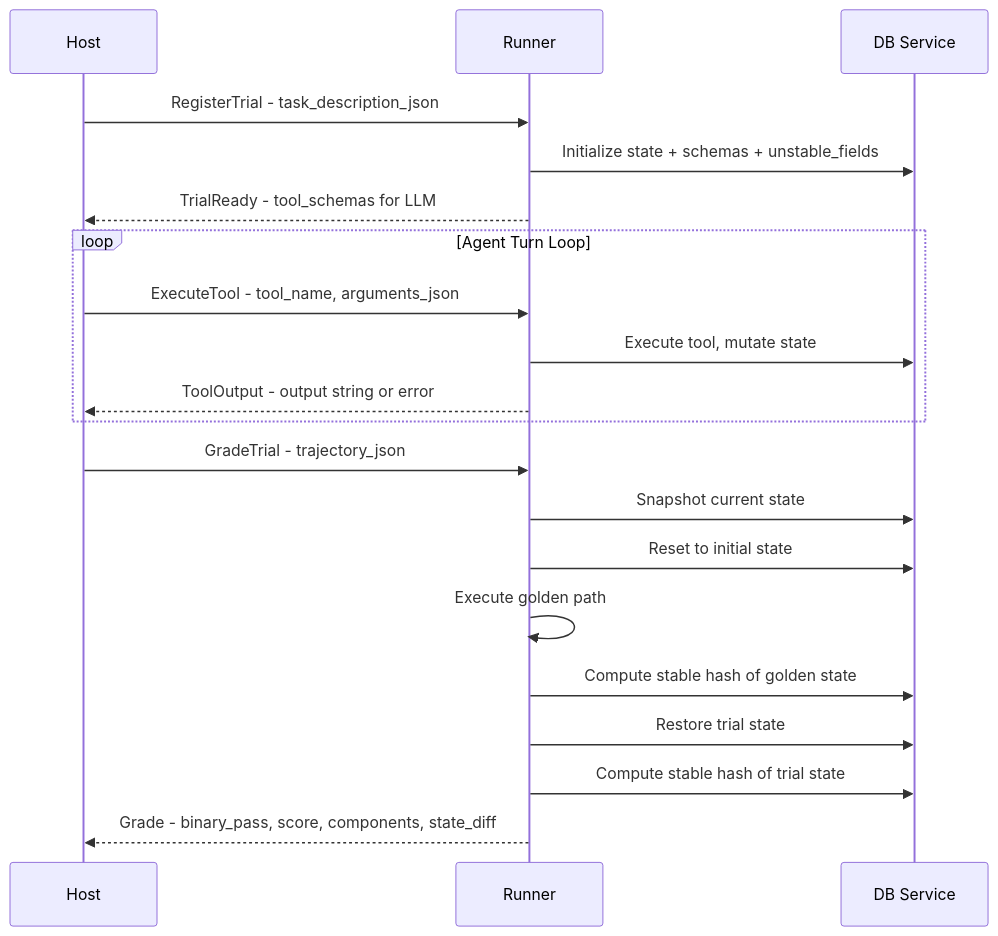
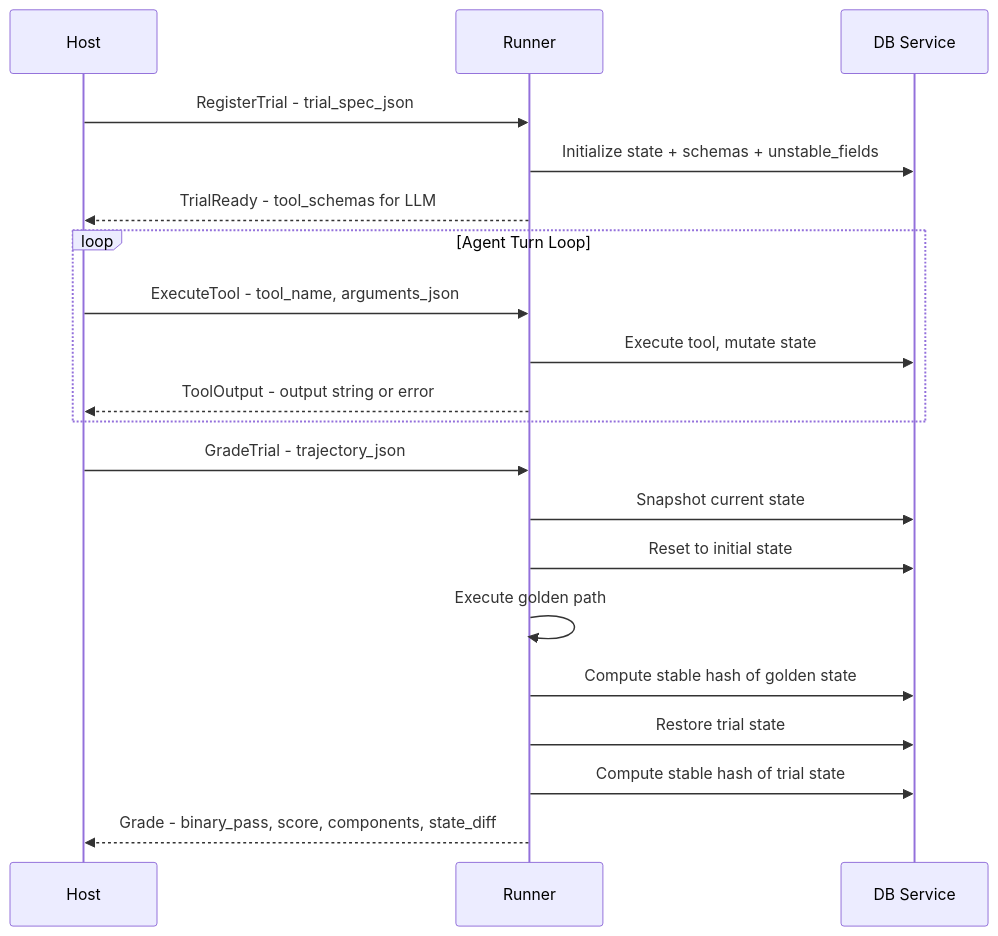
Before and after one commit to Toloka/tolokaforge: the diagram in docs/GRPC_PROTOCOL.md, drawn with Mermaid. The commit also changed other lines of this file and 2 other files, not shown here.

First line of the commit message:
fix(trial): populate TrialResult.worker_id; refresh stale gRPC docs

````diff
--- a/docs/GRPC_PROTOCOL.md
+++ b/docs/GRPC_PROTOCOL.md
@@ -44,25 +44,25 @@
 ```mermaid
 sequenceDiagram
     participant H as Host
     participant R as Runner
     participant DB as DB Service
 
-    H->>R: RegisterTrial - task_description_json
+    H->>R: RegisterTrial - trial_spec_json
     R->>DB: Initialize state + schemas + unstable_fields
     R-->>H: TrialReady - tool_schemas for LLM
 
     loop Agent Turn Loop
         H->>R: ExecuteTool - tool_name, arguments_json
         R->>DB: Execute tool, mutate state
         R-->>H: ToolOutput - output string or error
     end
 
     H->>R: GradeTrial - trajectory_json
     R->>DB: Snapshot current state
     R->>DB: Reset to initial state
     R->>R: Execute golden path
     R->>DB: Compute stable hash of golden state
     R->>DB: Restore trial state
     R->>DB: Compute stable hash of trial state
     R-->>H: Grade - binary_pass, score, components, state_diff
 ```
````
